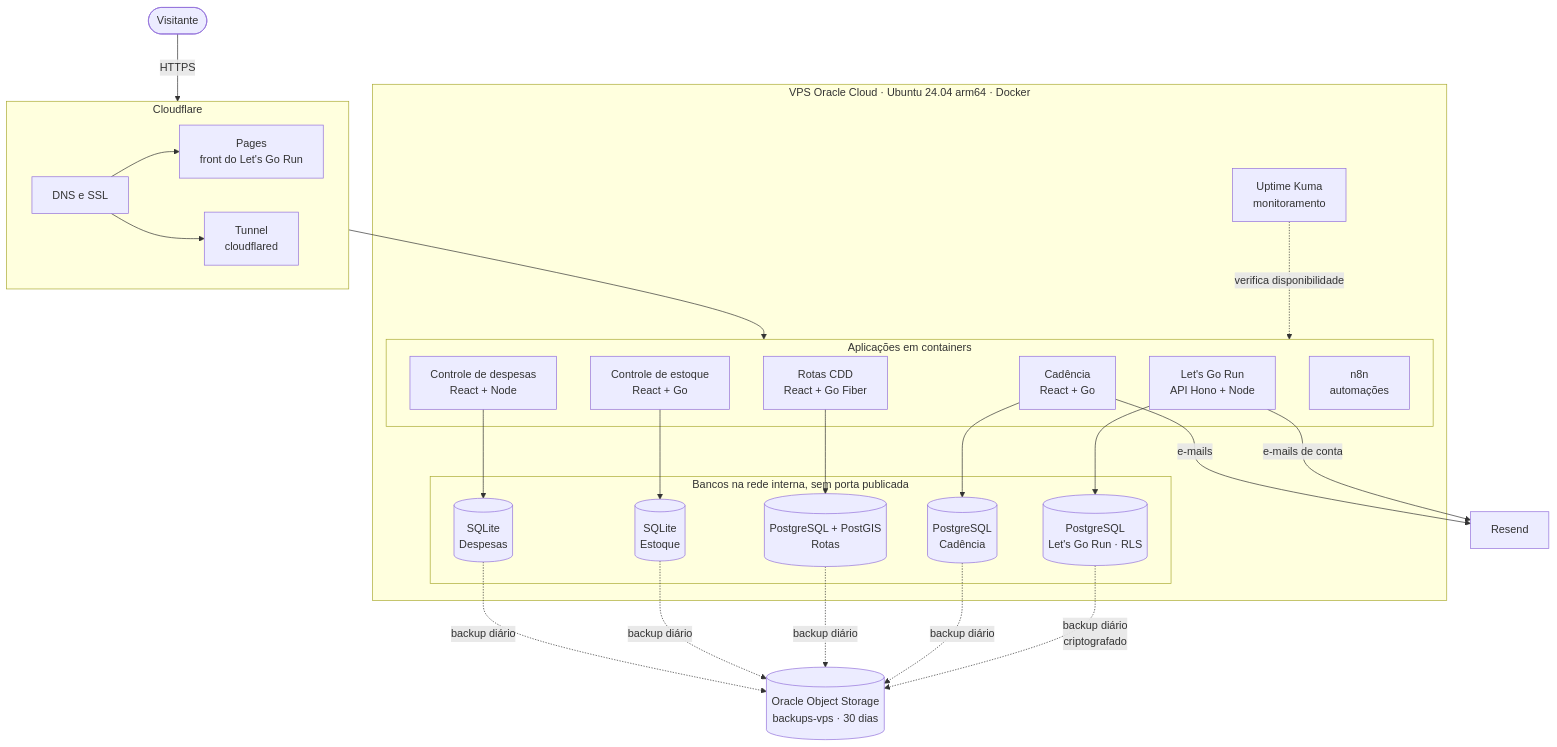
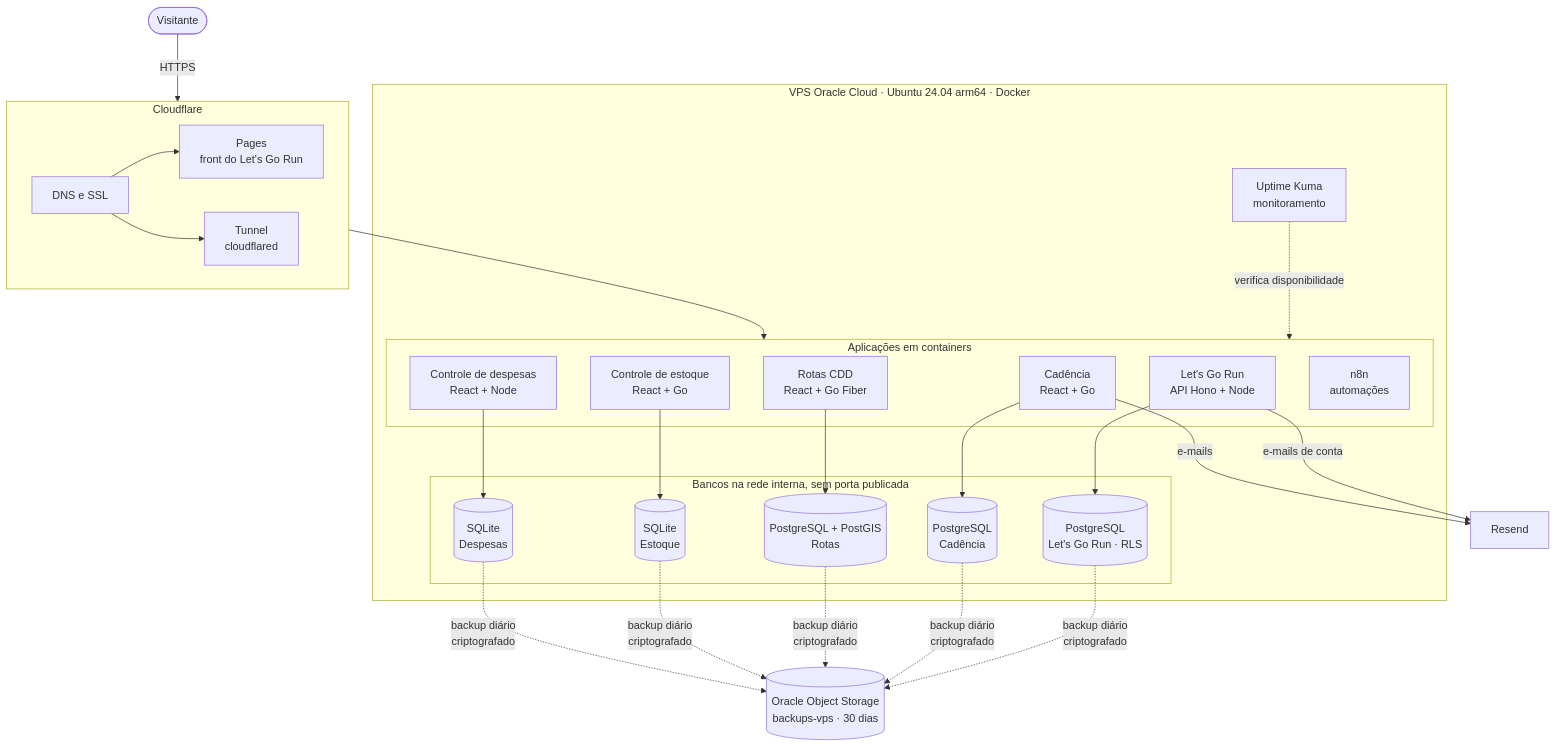
The diagram in README.md (Saulorangel87/Saulorangel87), drawn with Mermaid before and after one commit. The commit also changed other lines of this file, not shown here.

Commit message:
docs: diagrama mostra que os cinco backups são criptografados

````diff
--- a/README.md
+++ b/README.md
@@ -104,49 +104,49 @@
 ```mermaid
 flowchart TB
   U([Visitante]) -->|HTTPS| CF
 
   subgraph CF[Cloudflare]
     direction LR
     EDGE[DNS e SSL]
     PAGES[Pages<br/>front do Let's Go Run]
     TUN[Tunnel<br/>cloudflared]
   end
 
   EDGE --> PAGES
   EDGE --> TUN
   TUN --> APPS
 
   subgraph VPS[VPS Oracle Cloud · Ubuntu 24.04 arm64 · Docker]
     subgraph APPS[Aplicações em containers]
       LGR[Let's Go Run<br/>API Hono + Node]
       CAD[Cadência<br/>React + Go]
       EST[Controle de estoque<br/>React + Go]
       ROT[Rotas CDD<br/>React + Go Fiber]
       DES[Controle de despesas<br/>React + Node]
       N8N[n8n<br/>automações]
     end
     subgraph DATA[Bancos na rede interna, sem porta publicada]
       PG1[(PostgreSQL<br/>Let's Go Run · RLS)]
       PG2[(PostgreSQL<br/>Cadência)]
       PG3[(PostgreSQL + PostGIS<br/>Rotas)]
       SQ1[(SQLite<br/>Estoque)]
       SQ2[(SQLite<br/>Despesas)]
     end
     KUMA[Uptime Kuma<br/>monitoramento]
   end
 
   LGR --> PG1
   CAD --> PG2
   ROT --> PG3
   EST --> SQ1
   DES --> SQ2
 
   LGR -->|e-mails de conta| RS[Resend]
   CAD -->|e-mails| RS
   KUMA -.->|verifica disponibilidade| APPS
   PG1 -.->|backup diário<br/>criptografado| BK[(Oracle Object Storage<br/>backups-vps · 30 dias)]
-  PG2 -.->|backup diário| BK
-  PG3 -.->|backup diário| BK
-  SQ1 -.->|backup diário| BK
-  SQ2 -.->|backup diário| BK
+  PG2 -.->|backup diário<br/>criptografado| BK
+  PG3 -.->|backup diário<br/>criptografado| BK
+  SQ1 -.->|backup diário<br/>criptografado| BK
+  SQ2 -.->|backup diário<br/>criptografado| BK
 ```
````
